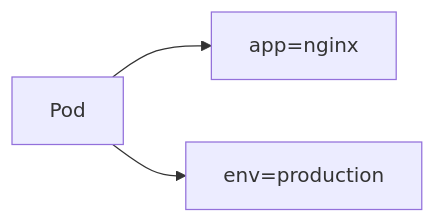
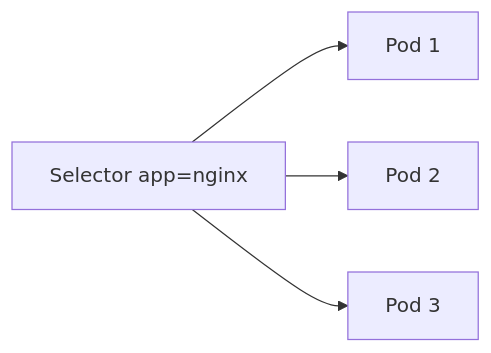
The sixth of 9 diagrams in 02-Detailed-Notes/08-Kubernetes/06-Labels & Selectors.md (akshayachar03/DevOps-Learning), drawn with Mermaid before and after one commit. The commit also changed other lines of this file, not shown here.

````diff
--- a/02-Detailed-Notes/08-Kubernetes/06-Labels & Selectors.md
+++ b/02-Detailed-Notes/08-Kubernetes/06-Labels & Selectors.md
@@ -353,9 +487,11 @@
 ```mermaid
 flowchart LR
+    Selector[Selector app=nginx]
+    Pod1[Pod 1]
+    Pod2[Pod 2]
+    Pod3[Pod 3]
 
-Pod
-
-Pod --> Label1["app=nginx"]
-
-Pod --> Label2["env=production"]
+    Selector --> Pod1
+    Selector --> Pod2
+    Selector --> Pod3
 ```
````
